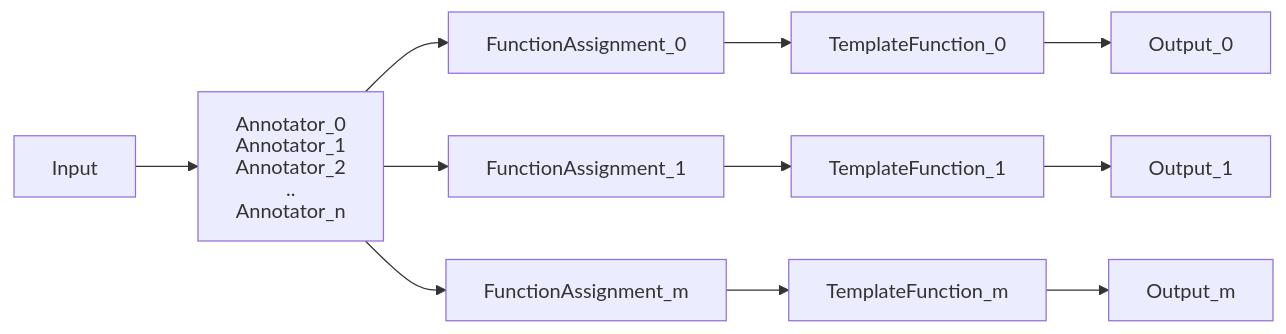
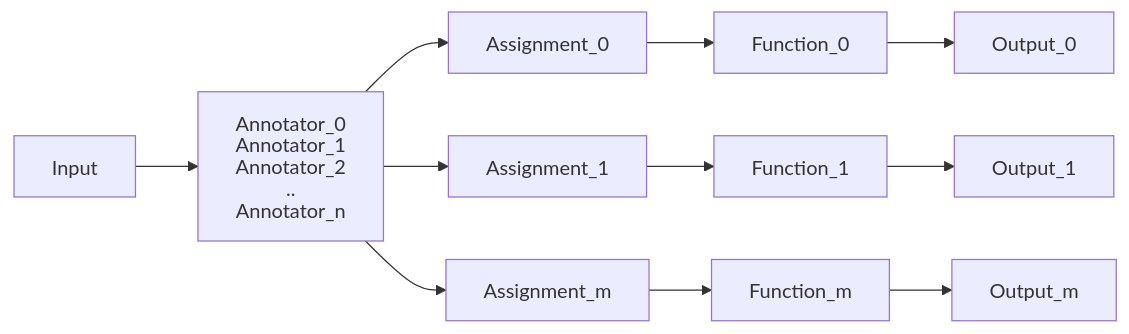
Before and after one commit to soyastudio/markit: the third of 4 diagrams in doc/README.md, drawn with Mermaid. The commit also changed other lines of this file, not shown here.

````diff
--- a/doc/README.md
+++ b/doc/README.md
@@ -75,28 +74,28 @@
 ```mermaid
 ---
 config:
   htmlLabels: false
 ---
 flowchart LR
     Input
-    TemplateAnnotators["`Annotator_0
+    Annotators["`Annotator_0
     Annotator_1
     Annotator_2
     ..
     Annotator_n`"]
-    FunctionAssignment_0
-    TemplateFunction_0
+    Assignment_0
+    Function_0
     Output_0
-    FunctionAssignment_1
-    TemplateFunction_1
+    Assignment_1
+    Function_1
     Output_1
-    FunctionAssignment_m
-    TemplateFunction_m
+    Assignment_m
+    Function_m
     Output_m
-    Input --> TemplateAnnotators
-    TemplateAnnotators --> FunctionAssignment_0--> TemplateFunction_0 --> Output_0
-    TemplateAnnotators --> FunctionAssignment_1--> TemplateFunction_1 --> Output_1
-    TemplateAnnotators --> FunctionAssignment_m--> TemplateFunction_m --> Output_m
+    Input --> Annotators
+    Annotators --> Assignment_0--> Function_0 --> Output_0
+    Annotators --> Assignment_1--> Function_1 --> Output_1
+    Annotators --> Assignment_m--> Function_m --> Output_m
         
     
 ```
````
